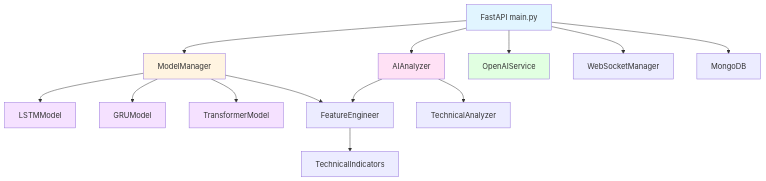
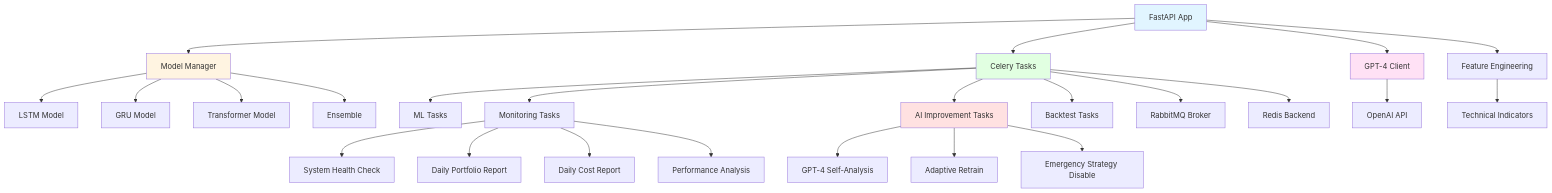
One commit to magic-ai-trading-bot/bot-core changed the first of 3 diagrams in specs/02-design/2.5-components/COMP-PYTHON-ML.md. Above: the diagram before and after it, drawn with Mermaid. The commit also changed other lines of this file and 99 other files, not shown here.

````diff
--- a/specs/02-design/2.5-components/COMP-PYTHON-ML.md
+++ b/specs/02-design/2.5-components/COMP-PYTHON-ML.md
@@ -104,26 +112,38 @@
 ```mermaid
 graph TB
-    A[FastAPI main.py] --> B[ModelManager]
-    A --> C[AIAnalyzer]
-    A --> D[OpenAIService]
-    A --> E[WebSocketManager]
-    A --> F[MongoDB]
+    A[FastAPI App] --> B[Model Manager]
+    A --> C[GPT-4 Client]
+    A --> D[Feature Engineering]
+    A --> E[Celery Tasks]
 
-    B --> G[LSTMModel]
-    B --> H[GRUModel]
-    B --> I[TransformerModel]
-    B --> J[FeatureEngineer]
+    B --> F[LSTM Model]
+    B --> G[GRU Model]
+    B --> H[Transformer Model]
+    B --> I[Ensemble]
 
-    C --> J
-    C --> K[TechnicalAnalyzer]
+    E --> J[ML Tasks]
+    E --> K[Monitoring Tasks]
+    E --> L[AI Improvement Tasks]
+    E --> M[Backtest Tasks]
 
-    J --> L[TechnicalIndicators]
+    K --> N[System Health Check]
+    K --> O[Daily Portfolio Report]
+    K --> P[Daily Cost Report]
+    K --> Q[Performance Analysis]
+
+    L --> R[GPT-4 Self-Analysis]
+    L --> S[Adaptive Retrain]
+    L --> T[Emergency Strategy Disable]
+
+    E --> U[RabbitMQ Broker]
+    E --> V[Redis Backend]
+
+    C --> W[OpenAI API]
+    D --> X[Technical Indicators]
 
     style A fill:#e1f5ff
     style B fill:#fff4e1
     style C fill:#ffe1f5
-    style D fill:#e1ffe1
-    style G fill:#f5e1ff
-    style H fill:#f5e1ff
-    style I fill:#f5e1ff
+    style E fill:#e1ffe1
+    style L fill:#ffe1e1
 ```
````
